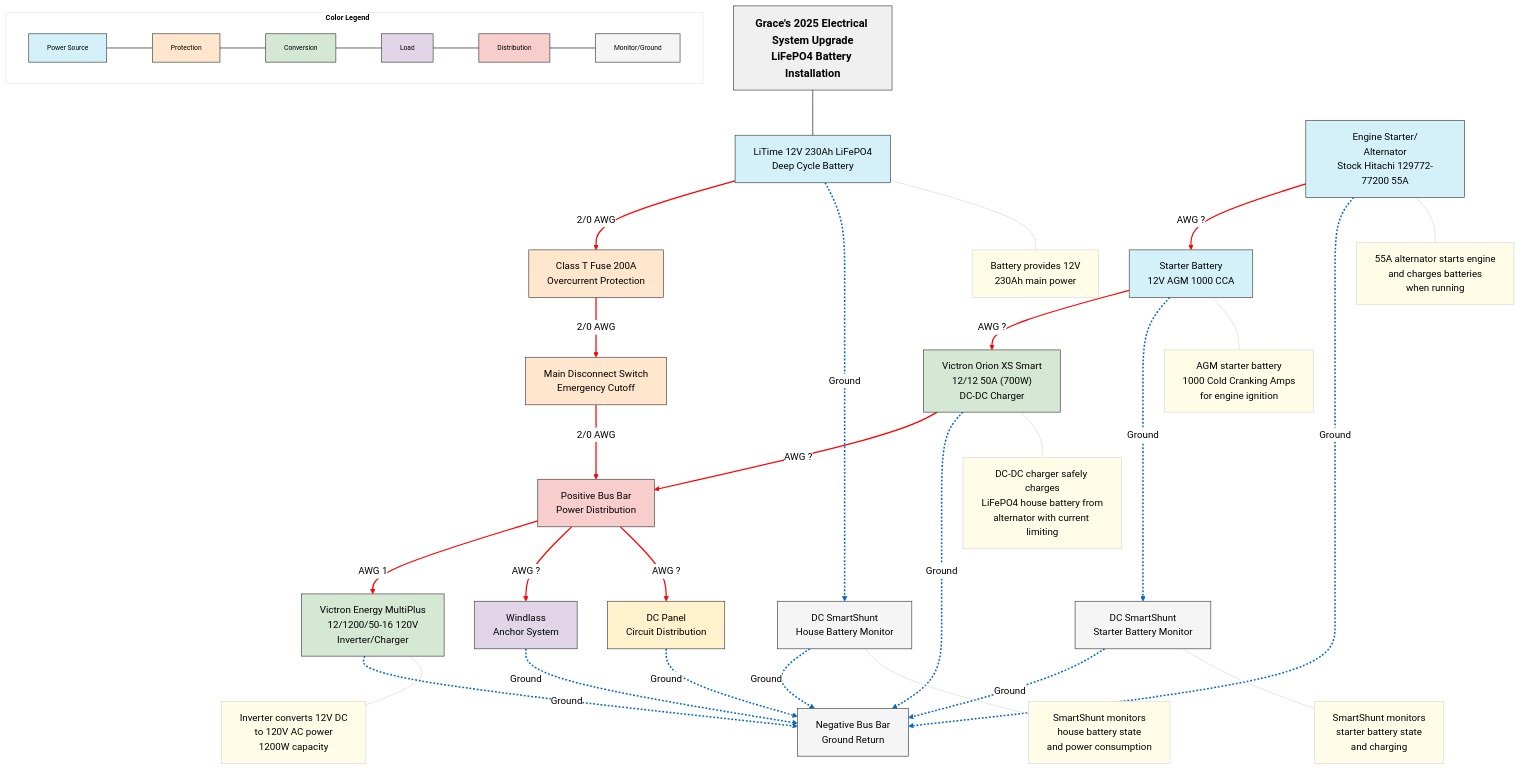
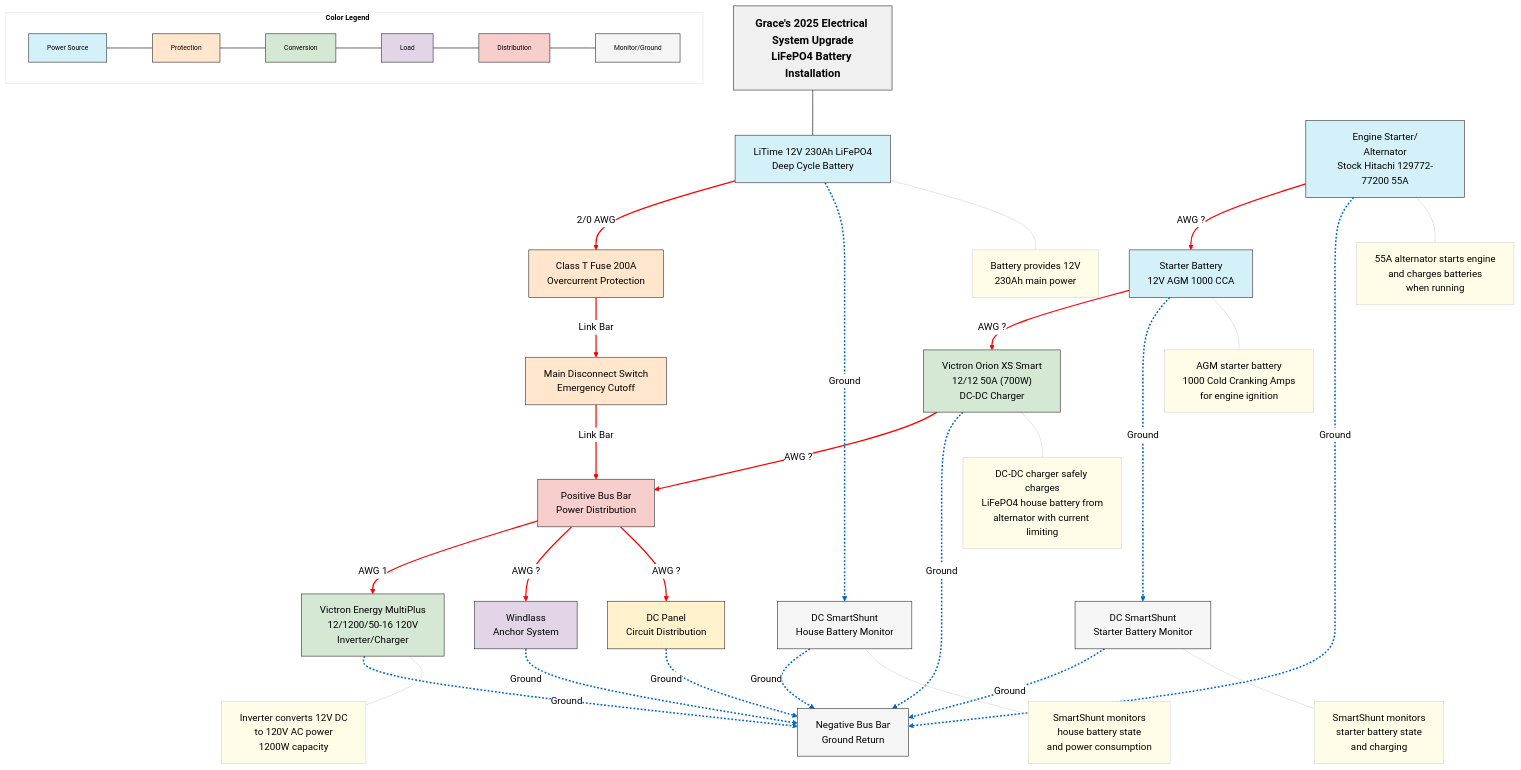
The diagram in 2025-electrical-upgrade.md (jkrauska/graceElectrical), drawn with Mermaid before and after one commit. The commit also changed other lines of this file and 3 other files, not shown here.

```diff
--- a/2025-electrical-upgrade.md
+++ b/2025-electrical-upgrade.md
@@ -62,8 +62,8 @@
 
   %% House battery wiring flow with gauges and colors (positive connections)
   house_battery -->|2/0 AWG| main_fuse
-  main_fuse -->|2/0 AWG| disconnect_switch
-  disconnect_switch -->|2/0 AWG| positive_bus
+  main_fuse -->|"Link Bar"| disconnect_switch
+  disconnect_switch -->|"Link Bar"| positive_bus
   positive_bus -->|AWG 1| inverter_charger
   positive_bus -->|AWG ?| windlass
   positive_bus -->|AWG ?| dc_panel
```
